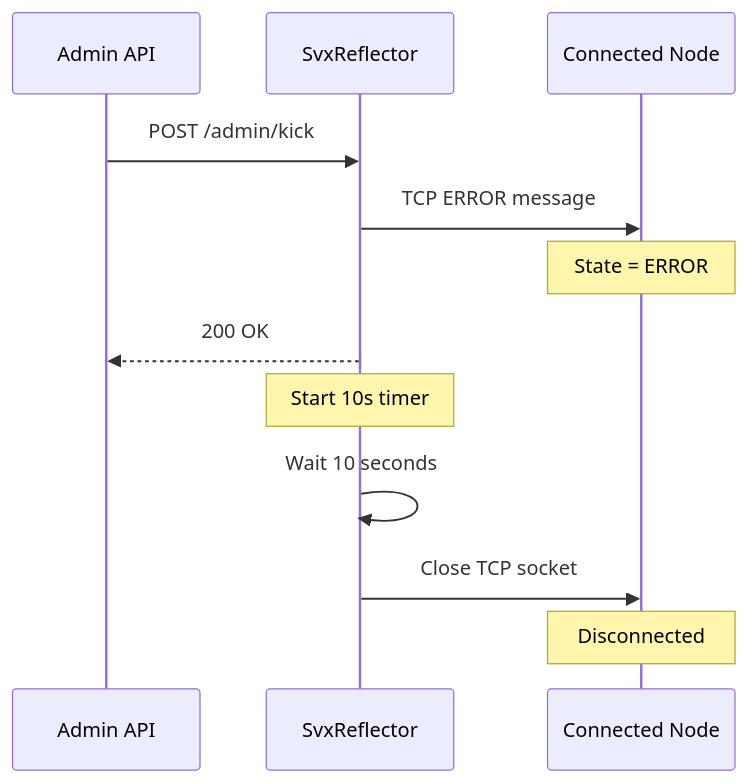
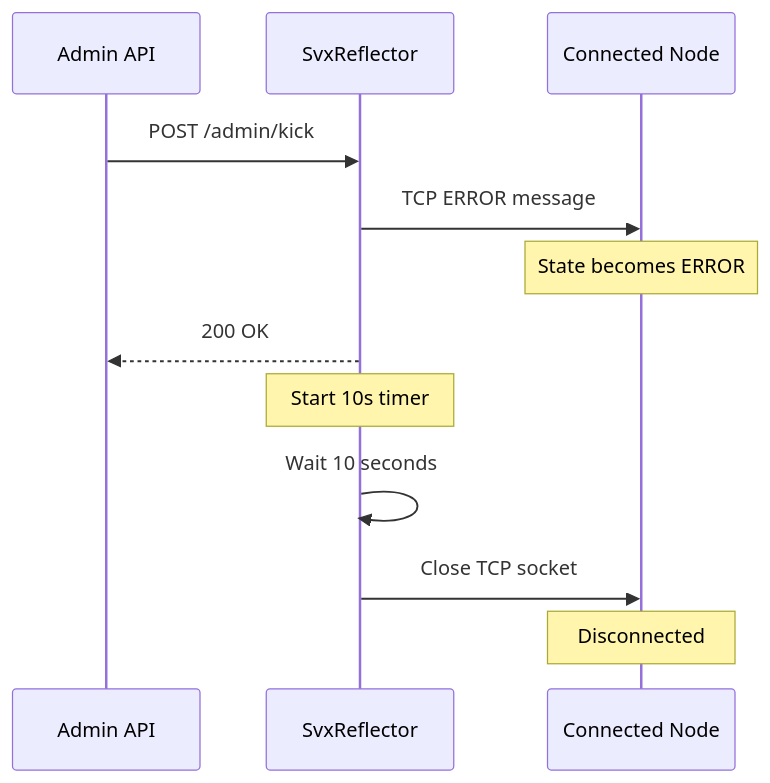
The third of 11 diagrams in docs/SvxReflector_Admin_API_Reference.md (chakphanu/svxlink), drawn with Mermaid before and after one commit. The commit also changed other lines of this file, not shown here.

First line of the commit message:
Fix Mermaid diagram syntax in API docs

````diff
--- a/docs/SvxReflector_Admin_API_Reference.md
+++ b/docs/SvxReflector_Admin_API_Reference.md
@@ -522,15 +522,15 @@
 ```mermaid
 sequenceDiagram
     participant Admin as Admin API
     participant Server as SvxReflector
     participant Client as Connected Node
 
     Admin->>Server: POST /admin/kick
     Server->>Client: TCP ERROR message
-    Note over Client: State = ERROR
+    Note over Client: State becomes ERROR
     Server-->>Admin: 200 OK
     Note over Server: Start 10s timer
     Server->>Server: Wait 10 seconds
     Server->>Client: Close TCP socket
     Note over Client: Disconnected
 ```
````
